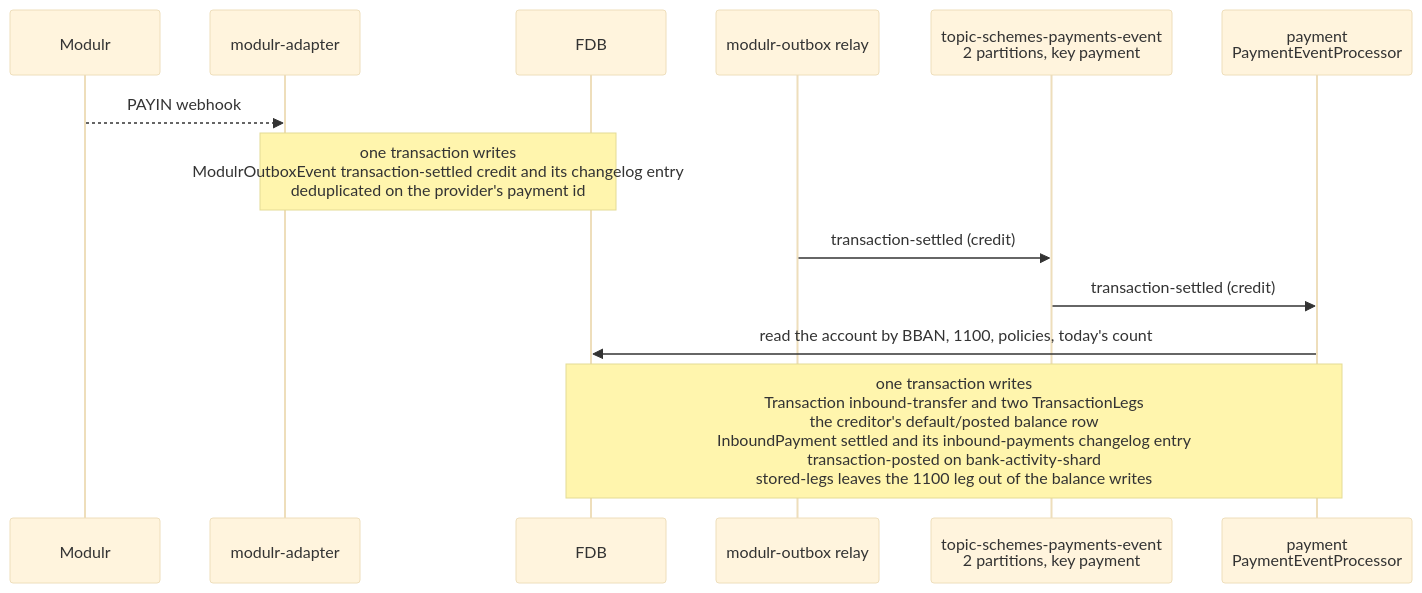
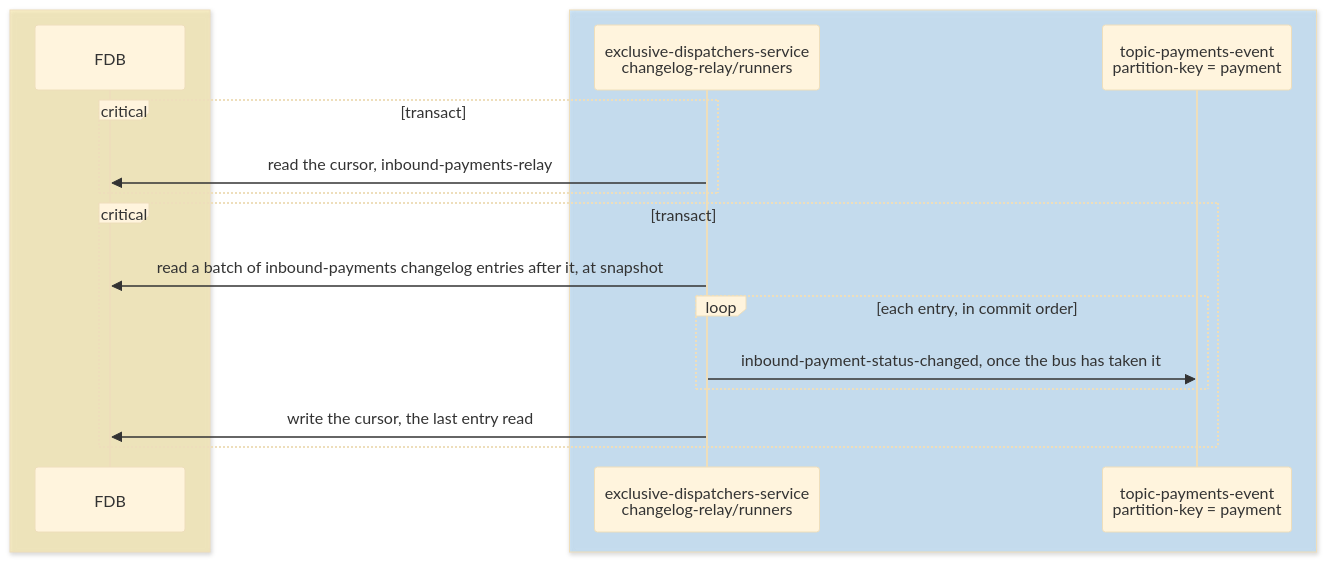
Before and after one commit to repldriven/queenswood: the fourth of 15 diagrams in docs/tdd/payments-inbound.md, drawn with Mermaid (base theme). The commit also changed other lines of this file and 3 other files, not shown here.

First line of the commit message:
Draw each FDB transaction as a commit to it, and name every participant as it is in the code (#822)

````diff
--- a/docs/tdd/payments-inbound.md
+++ b/docs/tdd/payments-inbound.md
@@ -75,15 +226,20 @@
 ```mermaid
 sequenceDiagram
-    participant PR as Modulr
-    participant AD as modulr-adapter
+    box rgba(255, 236, 153, 0.5)
     participant DB as FDB
-    participant OR as modulr-outbox relay
-    participant SE as topic-schemes-payments-event<br/>2 partitions, key payment
-    participant PE as payment<br/>PaymentEventProcessor
-    PR-->>AD: PAYIN webhook
-    Note over AD,DB: one transaction writes<br/>ModulrOutboxEvent transaction-settled credit and its changelog entry<br/>deduplicated on the provider's payment id
-    OR->>SE: transaction-settled (credit)
-    SE->>PE: transaction-settled (credit)
-    PE->>DB: read the account by BBAN, 1100, policies, today's count
-    Note over PE,DB: one transaction writes<br/>Transaction inbound-transfer and two TransactionLegs<br/>the creditor's default/posted balance row<br/>InboundPayment settled and its inbound-payments changelog entry<br/>transaction-posted on bank-activity-shard<br/>stored-legs leaves the 1100 leg out of the balance writes
+    end
+    box rgba(165, 216, 255, 0.45)
+    participant RR as exclusive-dispatchers-service<br/>changelog-relay/runners
+    participant PE as topic-payments-event<br/>partition-key = payment
+    end
+    critical transact
+    RR->>DB: read the cursor, inbound-payments-relay
+    end
+    critical transact
+    RR->>DB: read a batch of inbound-payments changelog entries after it, at snapshot
+    loop each entry, in commit order
+    RR->>PE: inbound-payment-status-changed, once the bus has taken it
+    end
+    RR->>DB: write the cursor, the last entry read
+    end
 ```
````
